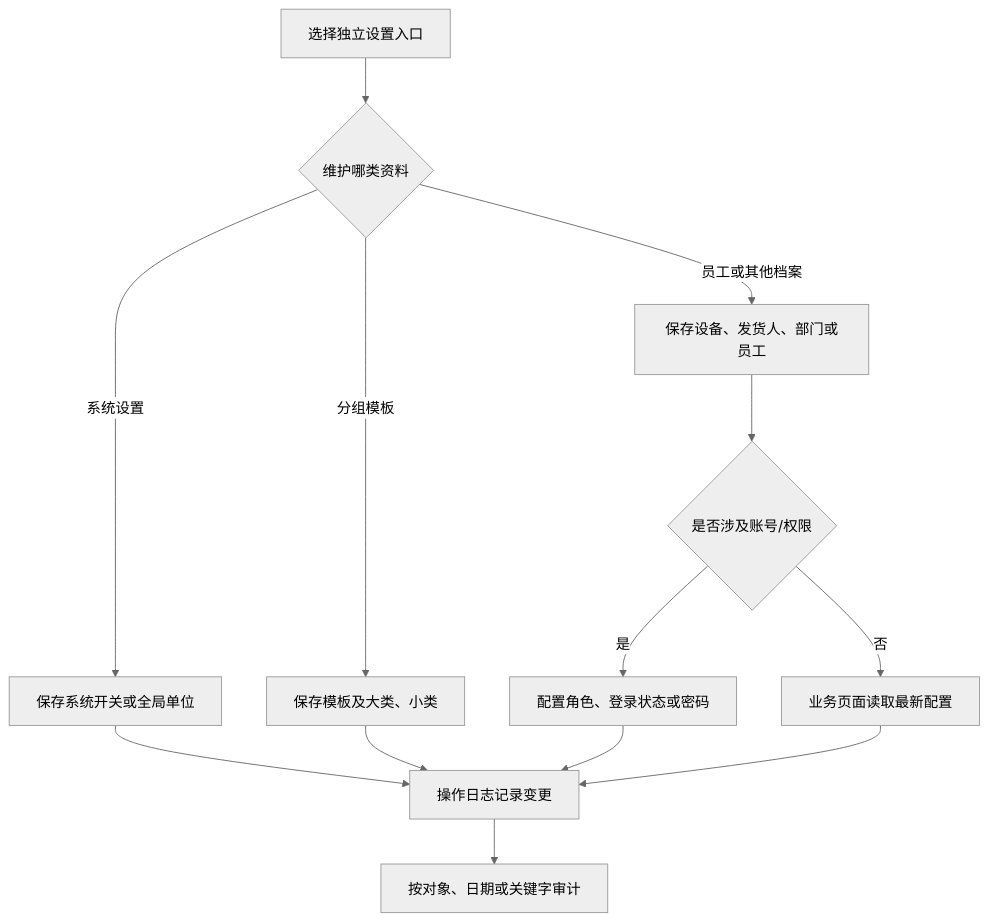
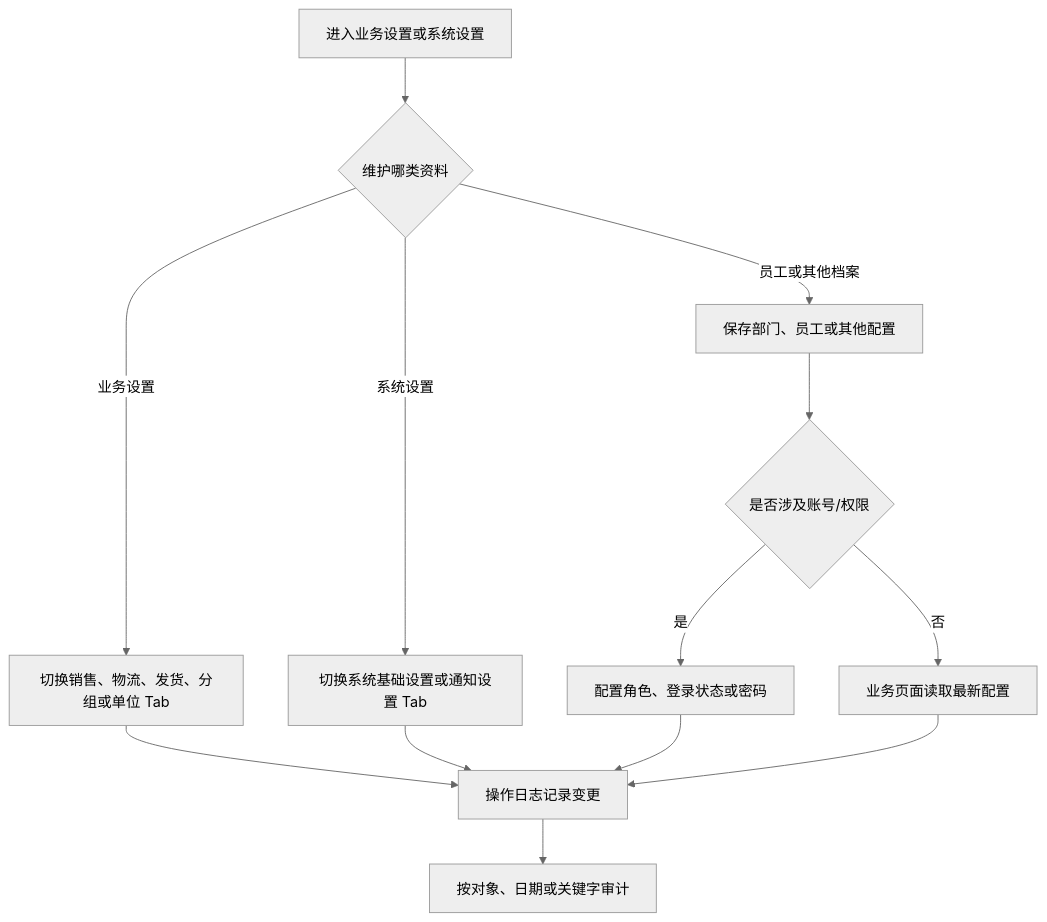
Before and after one commit to Backstage2539/KFerp: the diagram in orderapp-remote/docs/OP_MANUAL_SETTINGS_AUDIT.md, drawn with Mermaid (neutral theme). The commit also changed other lines of this file and 31 other files, not shown here.

````diff
--- a/orderapp-remote/docs/OP_MANUAL_SETTINGS_AUDIT.md
+++ b/orderapp-remote/docs/OP_MANUAL_SETTINGS_AUDIT.md
@@ -12,15 +12,15 @@
 ```mermaid
 flowchart TD
-  A["选择独立设置入口"] --> B{"维护哪类资料"}
-  B -->|系统设置| C["保存系统开关或全局单位"]
-  B -->|分组模板| D["保存模板及大类、小类"]
-  B -->|员工或其他档案| E["保存设备、发货人、部门或员工"]
+  A["进入业务设置或系统设置"] --> B{"维护哪类资料"}
+  B -->|业务设置| C["切换销售、物流、发货、分组或单位 Tab"]
+  B -->|系统设置| D["切换系统基础设置或通知设置 Tab"]
+  B -->|员工或其他档案| E["保存部门、员工或其他配置"]
   E --> F{"是否涉及账号/权限"}
   F -->|是| G["配置角色、登录状态或密码"]
   F -->|否| H["业务页面读取最新配置"]
   C --> I["操作日志记录变更"]
   D --> I
   G --> I
   H --> I
   I --> J["按对象、日期或关键字审计"]
 ```
````
